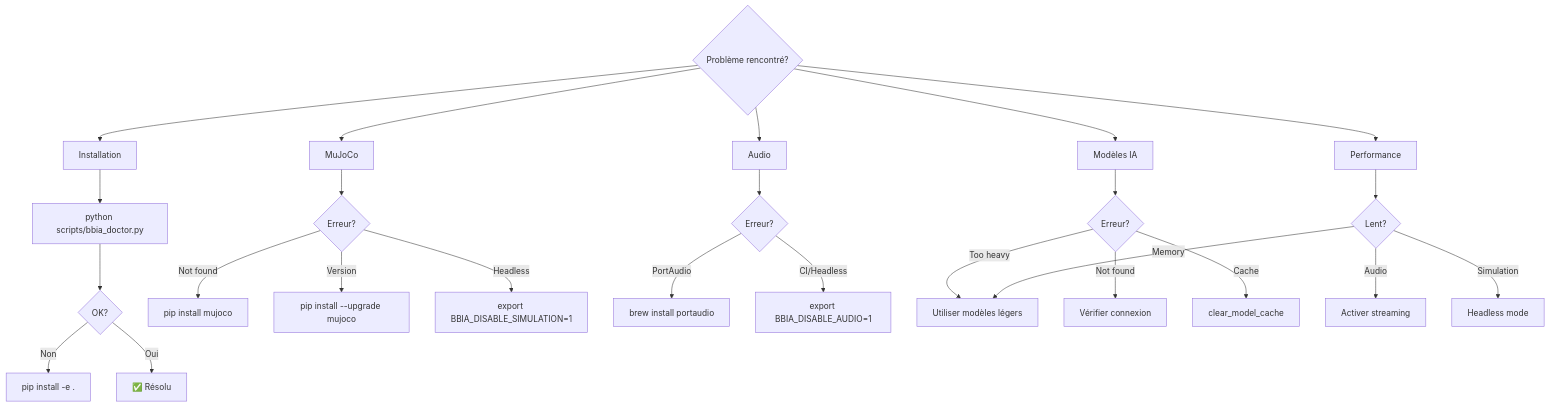
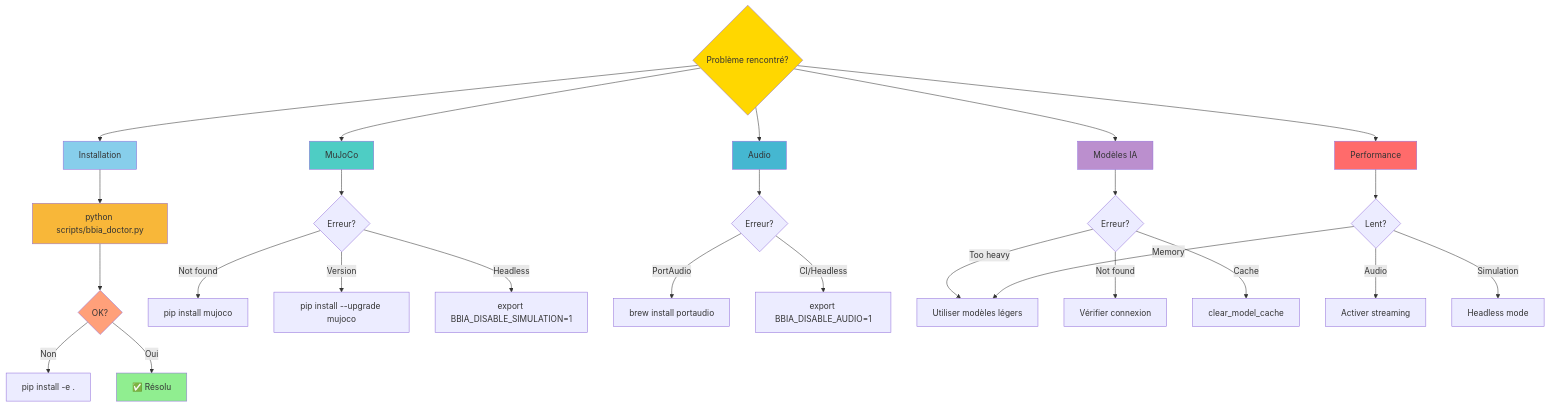
Before and after one commit to arkalia-luna-system/bbia-sim: the diagram in docs/FAQ.md, drawn with Mermaid. The commit also changed 4 other files, not shown here.

````diff
--- a/docs/FAQ.md
+++ b/docs/FAQ.md
@@ -21,32 +21,42 @@
 ```mermaid
 flowchart TD
     START{Problème rencontré?} --> INSTALL[Installation]
     START --> MUJOCO[MuJoCo]
     START --> AUDIO[Audio]
     START --> MODELS[Modèles IA]
     START --> PERF[Performance]
     
     INSTALL --> CHECK[python scripts/bbia_doctor.py]
     CHECK --> INSTALL_OK{OK?}
     INSTALL_OK -->|Non| PIP[pip install -e .]
     INSTALL_OK -->|Oui| END1[✅ Résolu]
     
     MUJOCO --> MUJOCO_ERR{Erreur?}
     MUJOCO_ERR -->|Not found| PIP_MUJOCO[pip install mujoco]
     MUJOCO_ERR -->|Version| UPGRADE[pip install --upgrade mujoco]
     MUJOCO_ERR -->|Headless| DISABLE[export BBIA_DISABLE_SIMULATION=1]
     
     AUDIO --> AUDIO_ERR{Erreur?}
     AUDIO_ERR -->|PortAudio| BREW[brew install portaudio]
     AUDIO_ERR -->|CI/Headless| DISABLE_AUDIO[export BBIA_DISABLE_AUDIO=1]
     
     MODELS --> MODELS_ERR{Erreur?}
     MODELS_ERR -->|Too heavy| LIGHT[Utiliser modèles légers]
     MODELS_ERR -->|Not found| INTERNET[Vérifier connexion]
     MODELS_ERR -->|Cache| CLEAR[clear_model_cache]
     
     PERF --> PERF_SLOW{Lent?}
     PERF_SLOW -->|Audio| STREAM[Activer streaming]
     PERF_SLOW -->|Memory| LIGHT
     PERF_SLOW -->|Simulation| HEADLESS[Headless mode]
+    
+    style START fill:#FFD700
+    style INSTALL fill:#87CEEB
+    style MUJOCO fill:#4ECDC4
+    style AUDIO fill:#45B7D1
+    style MODELS fill:#BB8FCE
+    style PERF fill:#FF6B6B
+    style END1 fill:#90EE90
+    style CHECK fill:#F8B739
+    style INSTALL_OK fill:#FFA07A
 ```
````
